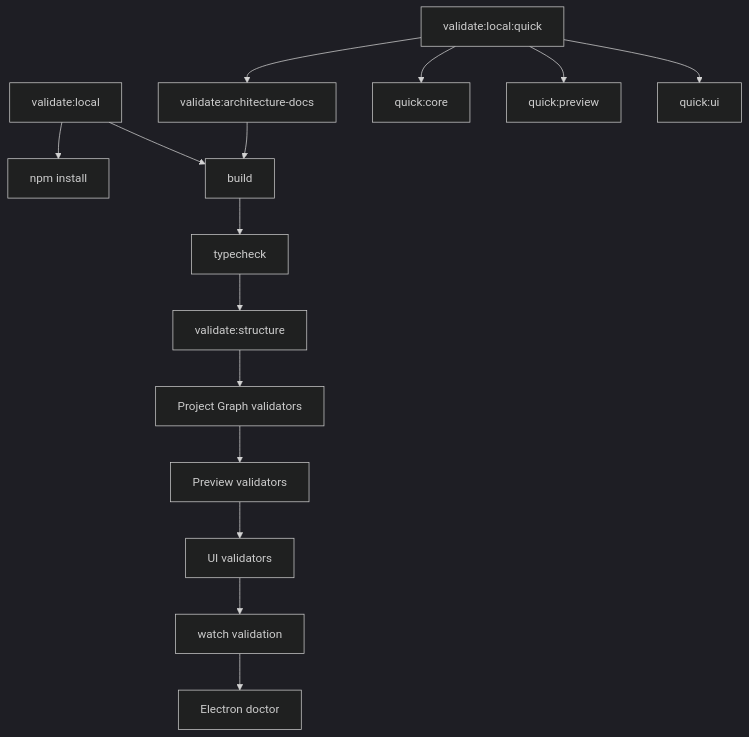
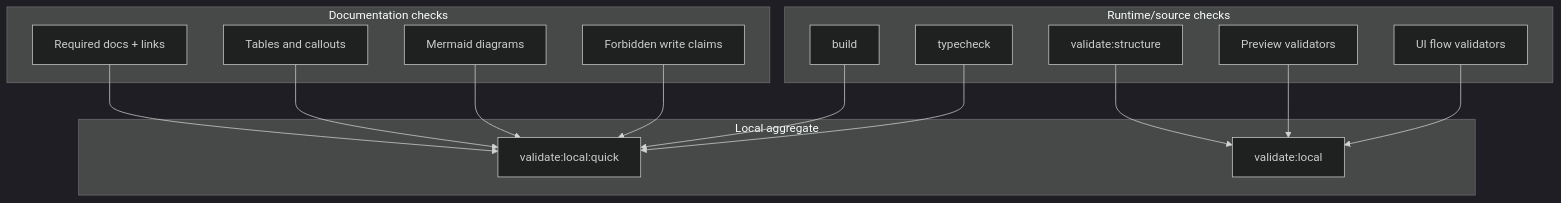
The diagram in docs/architecture/validation-system.md (krestosa/Crystal), drawn with Mermaid (dark theme) before and after one commit. The commit also changed other lines of this file and 7 other files, not shown here.

Commit message:
Improve architecture docs visual structure

````diff
--- a/docs/architecture/validation-system.md
+++ b/docs/architecture/validation-system.md
@@ -15,18 +70,32 @@
 ```mermaid
 flowchart TD
-  ValidateLocal[validate:local] --> Install[npm install]
-  ValidateLocal --> Build[build]
-  Build --> Typecheck[typecheck]
-  Typecheck --> Structure[validate:structure]
-  Structure --> Graph[Project Graph validators]
-  Graph --> Preview[Preview validators]
-  Preview --> UI[UI validators]
-  UI --> Watch[watch validation]
-  Watch --> Doctor[Electron doctor]
+  subgraph Docs[Documentation checks]
+    DocsShape[Required docs + links]
+    Tables[Tables and callouts]
+    Mermaid[Mermaid diagrams]
+    Claims[Forbidden write claims]
+  end
 
-  Quick[validate:local:quick] --> Docs[validate:architecture-docs]
-  Docs --> Build
-  Quick --> CoreQuick[quick:core]
-  Quick --> PreviewQuick[quick:preview]
-  Quick --> UIQuick[quick:ui]
+  subgraph Runtime[Runtime/source checks]
+    Build[build]
+    Typecheck[typecheck]
+    Structure[validate:structure]
+    Preview[Preview validators]
+    UI[UI flow validators]
+  end
+
+  subgraph Aggregate[Local aggregate]
+    Quick[validate:local:quick]
+    Full[validate:local]
+  end
+
+  DocsShape --> Quick
+  Tables --> Quick
+  Mermaid --> Quick
+  Claims --> Quick
+  Build --> Quick
+  Typecheck --> Quick
+  Structure --> Full
+  Preview --> Full
+  UI --> Full
 ```
````
